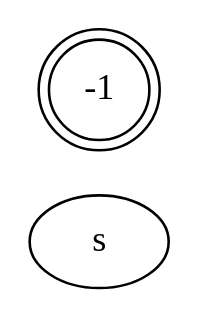
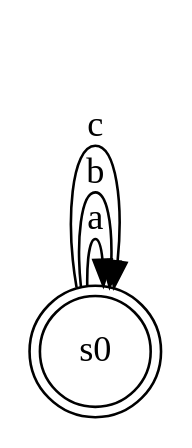
One commit to frederic-mallet/ccsl-sts changed the diagram in Examples/CCSL_Primitives/sts/Excludes.dot. Above: the diagram before and after it, drawn with Graphviz. The commit also changed 3 other files, not shown here.

```diff
--- a/Examples/CCSL_Primitives/sts/Excludes.dot
+++ b/Examples/CCSL_Primitives/sts/Excludes.dot
@@ -1,4 +1,13 @@
 digraph Excludes { 
   rankdir="LR"
-  s-1 [ shape="doublecircle" ]
+  s0 [ shape="doublecircle" ]
+  s0->s0 [
+    label= "a"
+  ] ;
+  s0->s0 [
+    label= "b"
+  ] ;
+  s0->s0 [
+    label= "c"
+  ] ;
 }
```
